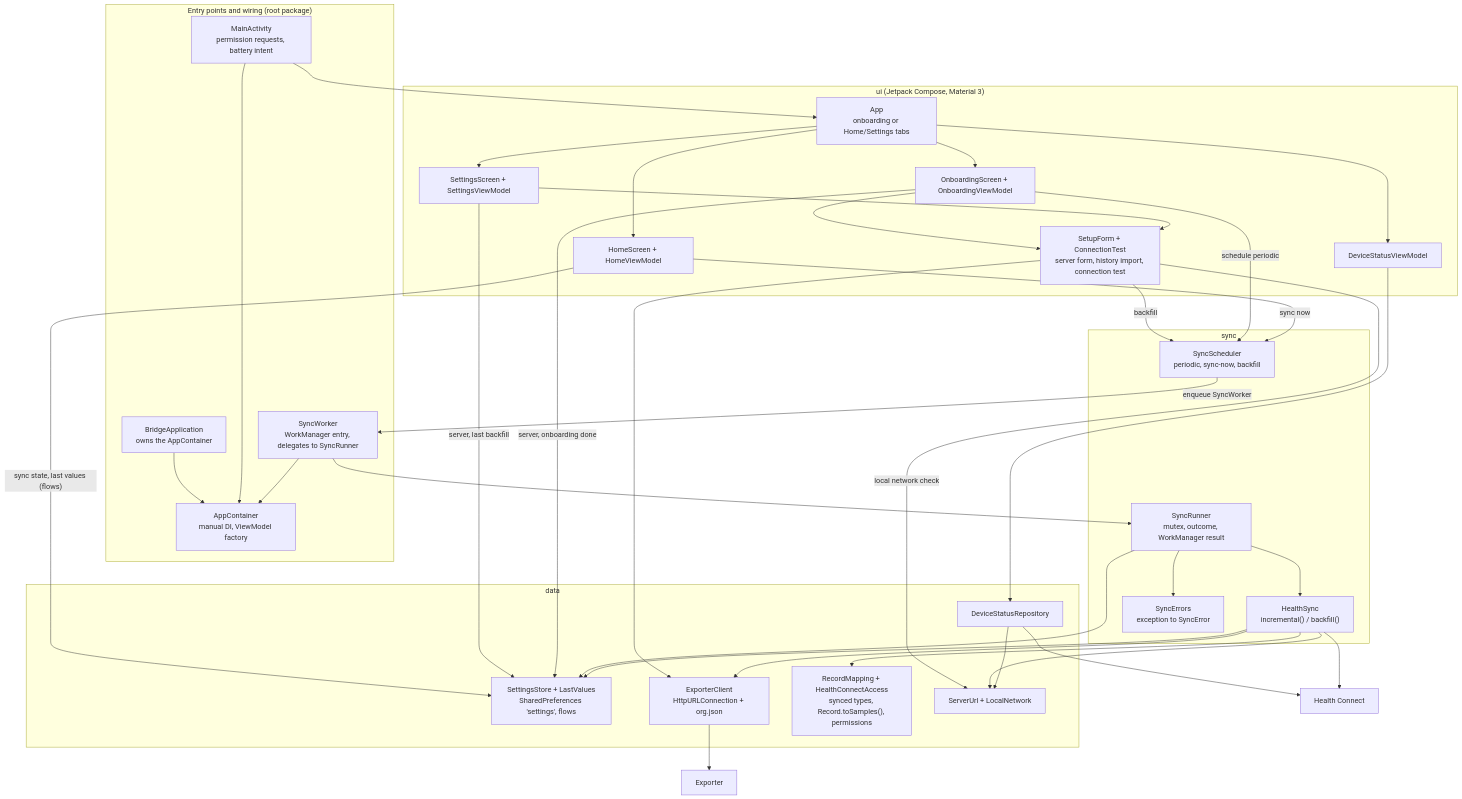
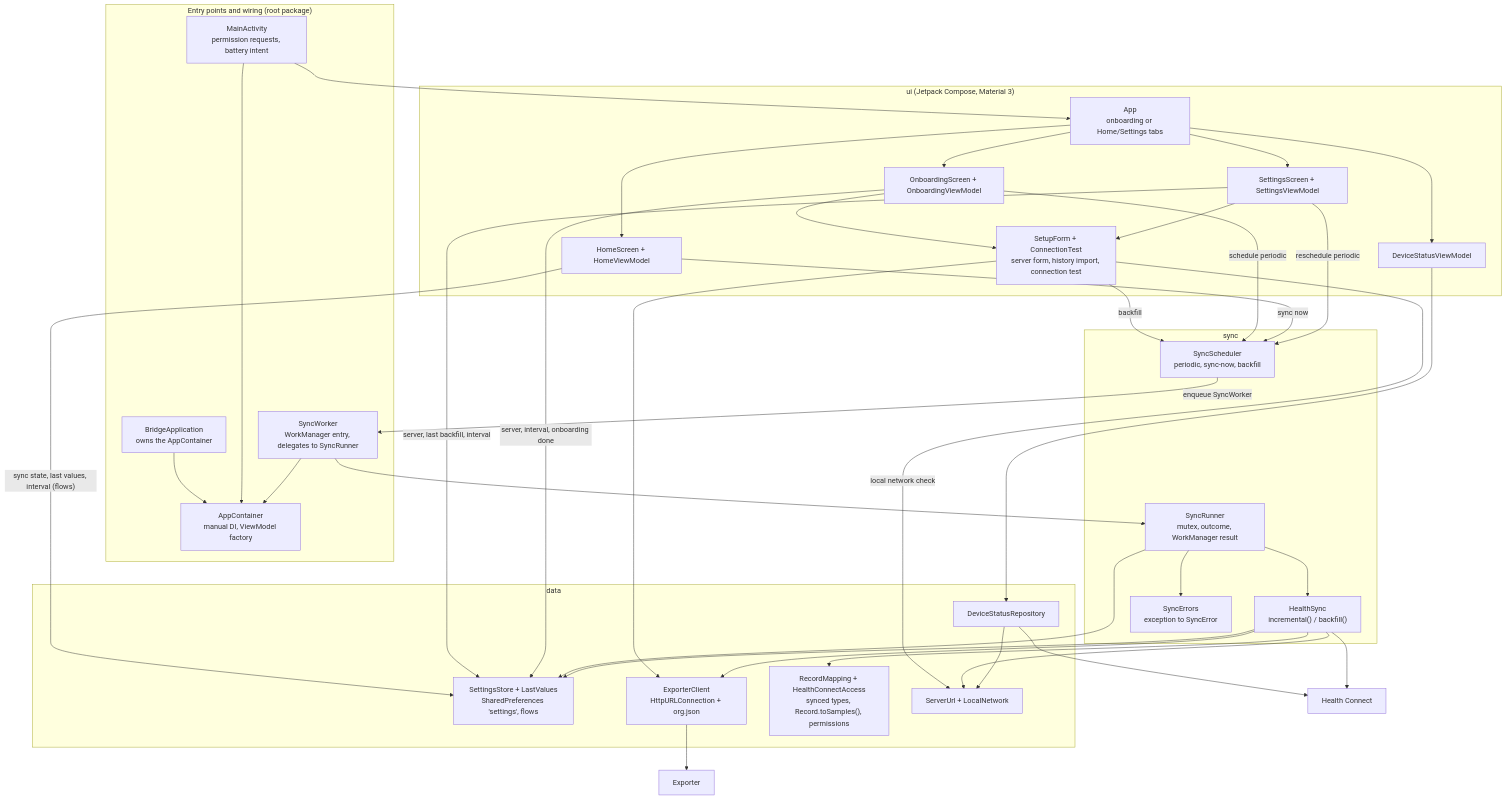
One commit to MateuxLucax/health-connect-bridge changed the second of 5 diagrams in docs/architecture.md. Above: the diagram before and after it, drawn with Mermaid. The commit also changed other lines of this file and 25 other files, not shown here.

First line of the commit message:
Make the automatic sync interval configurable

````diff
--- a/docs/architecture.md
+++ b/docs/architecture.md
@@ -30,65 +30,66 @@
 ```mermaid
 flowchart TB
     subgraph entry["Entry points and wiring (root package)"]
         main["MainActivity<br/>permission requests, battery intent"]
         appl["BridgeApplication<br/>owns the AppContainer"]
         cont["AppContainer<br/>manual DI, ViewModel factory"]
         wk["SyncWorker<br/>WorkManager entry, delegates to SyncRunner"]
     end
     subgraph ui["ui (Jetpack Compose, Material 3)"]
         appc["App<br/>onboarding or Home/Settings tabs"]
         dsvm["DeviceStatusViewModel"]
         onb["OnboardingScreen + OnboardingViewModel"]
         home["HomeScreen + HomeViewModel"]
         set["SettingsScreen + SettingsViewModel"]
         ct["SetupForm + ConnectionTest<br/>server form, history import, connection test"]
     end
     subgraph sync["sync"]
         sch["SyncScheduler<br/>periodic, sync-now, backfill"]
         run["SyncRunner<br/>mutex, outcome, WorkManager result"]
         hs["HealthSync<br/>incremental() / backfill()"]
         err["SyncErrors<br/>exception to SyncError"]
     end
     subgraph data["data"]
         st["SettingsStore + LastValues<br/>SharedPreferences 'settings', flows"]
         exc["ExporterClient<br/>HttpURLConnection + org.json"]
         rm["RecordMapping + HealthConnectAccess<br/>synced types, Record.toSamples(), permissions"]
         net["ServerUrl + LocalNetwork"]
         dsr["DeviceStatusRepository"]
     end
     hc["Health Connect"]
     exp["Exporter"]
 
     appl --> cont
     main --> appc
     main --> cont
     wk --> cont
     wk --> run
     appc --> onb
     appc --> home
     appc --> set
     appc --> dsvm
     dsvm --> dsr
     onb --> ct
     set --> ct
     ct --> exc
     ct -->|local network check| net
     ct -->|backfill| sch
     onb -->|schedule periodic| sch
     home -->|sync now| sch
-    home -->|"sync state, last values (flows)"| st
-    set -->|"server, last backfill"| st
-    onb -->|server, onboarding done| st
+    set -->|reschedule periodic| sch
+    home -->|"sync state, last values, interval (flows)"| st
+    set -->|"server, last backfill, interval"| st
+    onb -->|"server, interval, onboarding done"| st
     sch -->|enqueue SyncWorker| wk
     run --> hs
     run --> err
     run --> st
     hs --> rm
     hs --> exc
     hs --> st
     hs --> net
     hs --> hc
     dsr --> hc
     dsr --> net
     exc --> exp
 ```
````
